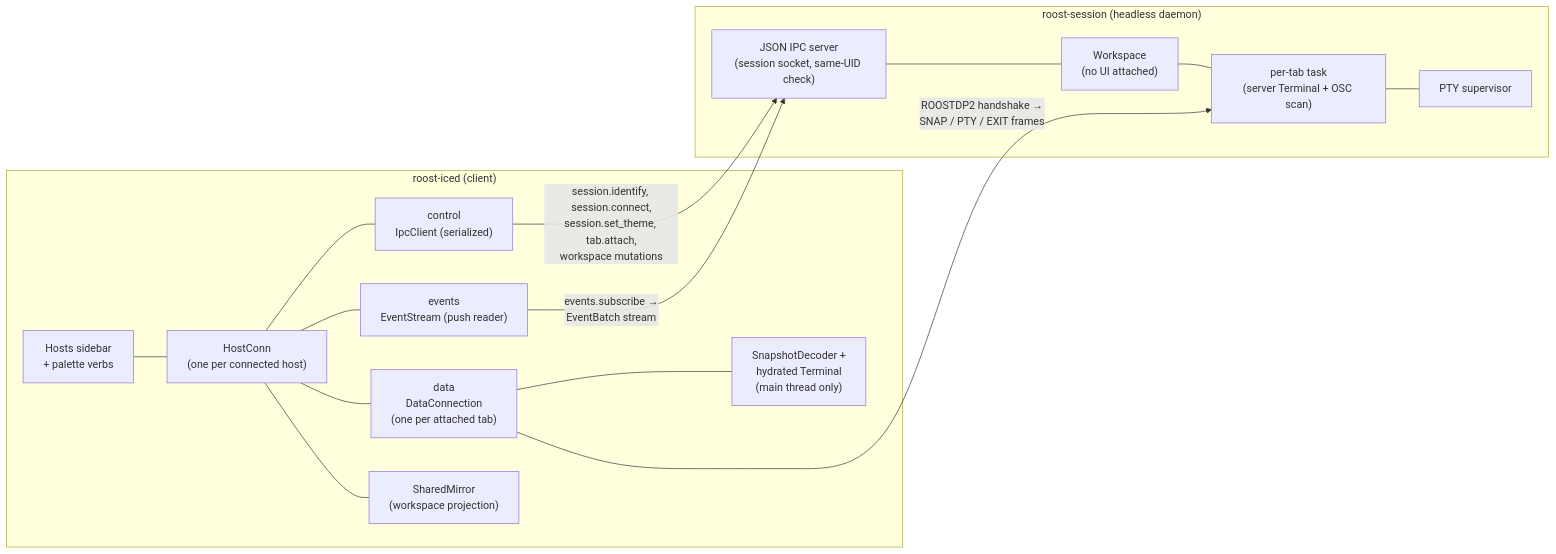
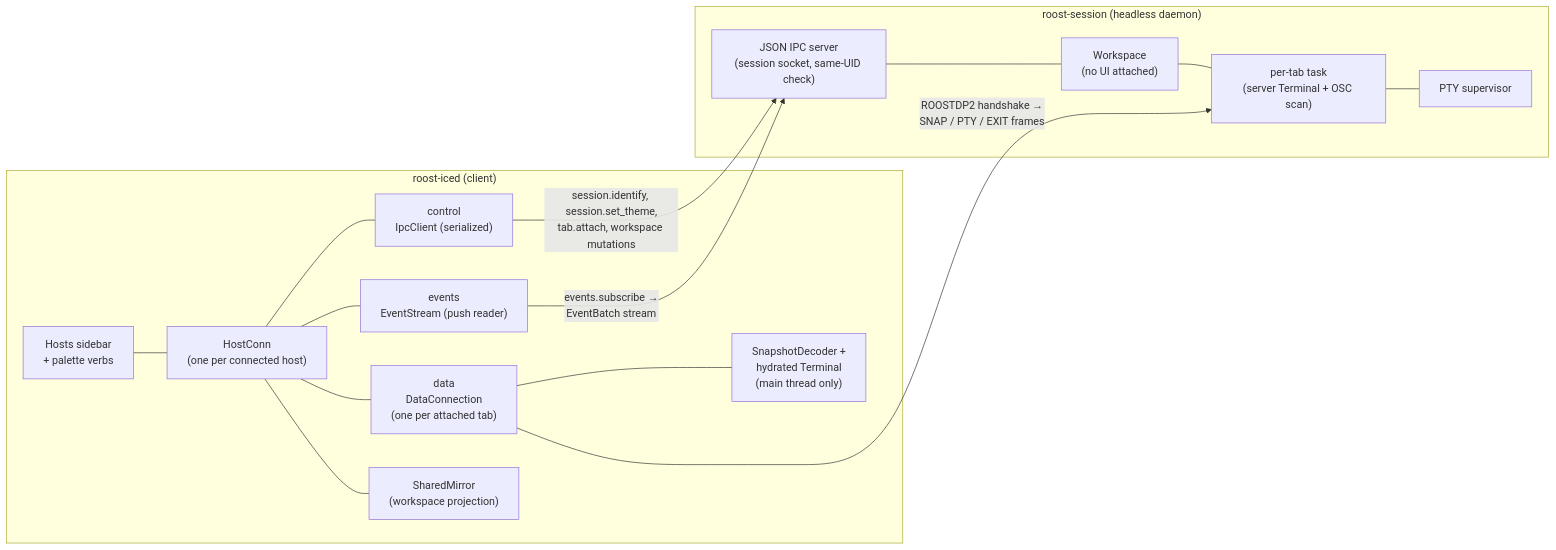
Before and after one commit to charliek/roost: the first of 3 diagrams in docs/development/host-sessions.md, drawn with Mermaid. The commit also changed other lines of this file and 4 other files, not shown here.

````diff
--- a/docs/development/host-sessions.md
+++ b/docs/development/host-sessions.md
@@ -9,34 +9,34 @@
 ```mermaid
 flowchart LR
   subgraph IcedApp["roost-iced (client)"]
     Sidebar["Hosts sidebar<br/>+ palette verbs"]
     HostConn["HostConn<br/>(one per connected host)"]
     Control["control<br/>IpcClient (serialized)"]
     EventsConn["events<br/>EventStream (push reader)"]
     Data["data<br/>DataConnection<br/>(one per attached tab)"]
     Mirror["SharedMirror<br/>(workspace projection)"]
     Decoder["SnapshotDecoder +<br/>hydrated Terminal<br/>(main thread only)"]
 
     Sidebar --- HostConn
     HostConn --- Control
     HostConn --- EventsConn
     HostConn --- Data
     HostConn --- Mirror
     Data --- Decoder
   end
 
   subgraph Session["roost-session (headless daemon)"]
     SessionIPC["JSON IPC server<br/>(session socket, same-UID check)"]
     Workspace["Workspace<br/>(no UI attached)"]
     TabTask["per-tab task<br/>(server Terminal + OSC scan)"]
     PTY["PTY supervisor"]
 
     SessionIPC --- Workspace
     Workspace --- TabTask
     TabTask --- PTY
   end
 
-  Control -- "session.identify, session.connect,<br/>session.set_theme, tab.attach,<br/>workspace mutations" --> SessionIPC
+  Control -- "session.identify, session.set_theme,<br/>tab.attach, workspace mutations" --> SessionIPC
   EventsConn -- "events.subscribe →<br/>EventBatch stream" --> SessionIPC
   Data -- "ROOSTDP2 handshake →<br/>SNAP / PTY / EXIT frames" --> TabTask
 ```
````
